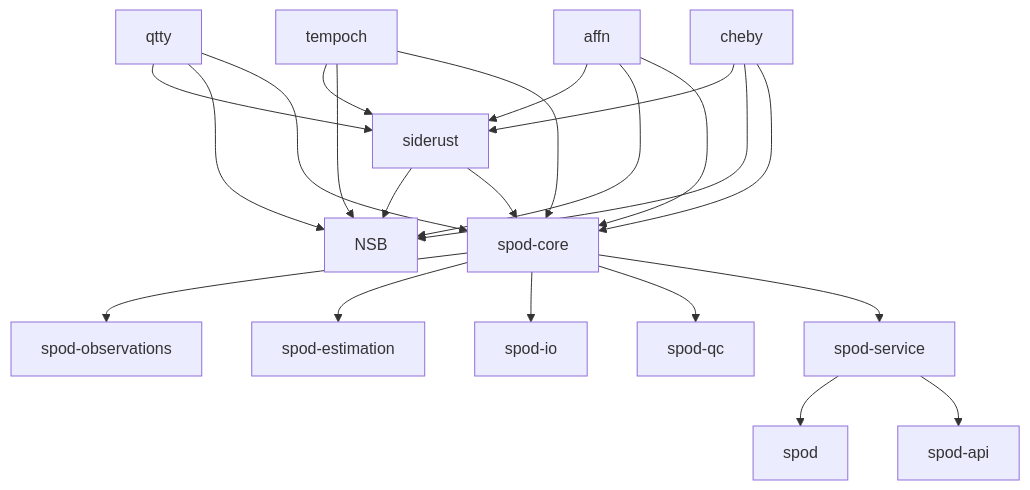
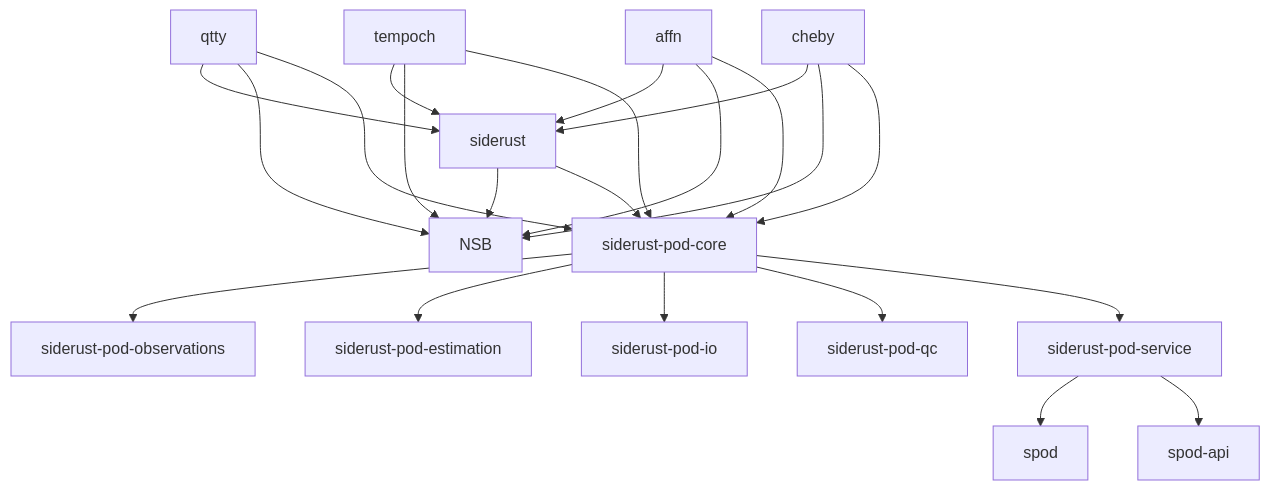
The second of 3 diagrams in docs/design/research-requirements-tests-cases.md (VPRamon/spod), drawn with Mermaid before and after one commit. The commit also changed other lines of this file and 46 other files, not shown here.

First line of the commit message:
ci: harden spod service validation

````diff
--- a/docs/design/research-requirements-tests-cases.md
+++ b/docs/design/research-requirements-tests-cases.md
@@ -101,34 +101,34 @@
 ```mermaid
 flowchart TD
     qtty[qtty]
     tempoch[tempoch]
     affn[affn]
     cheby[cheby]
     siderust[siderust]
     NSB[NSB]
 
     qtty --> siderust
     tempoch --> siderust
     affn --> siderust
     cheby --> siderust
 
     qtty --> NSB
     tempoch --> NSB
     affn --> NSB
     cheby --> NSB
     siderust --> NSB
 
-    siderust --> podcore[spod-core]
+    siderust --> podcore[siderust-pod-core]
     qtty --> podcore
     tempoch --> podcore
     affn --> podcore
     cheby --> podcore
 
-    podcore --> podobs[spod-observations]
-    podcore --> podest[spod-estimation]
-    podcore --> podio[spod-io]
-    podcore --> podqc[spod-qc]
-    podcore --> podsvc[spod-service]
+    podcore --> podobs[siderust-pod-observations]
+    podcore --> podest[siderust-pod-estimation]
+    podcore --> podio[siderust-pod-io]
+    podcore --> podqc[siderust-pod-qc]
+    podcore --> podsvc[siderust-pod-service]
     podsvc --> podcli[spod]
     podsvc --> podapi[spod-api]
 ```
````
